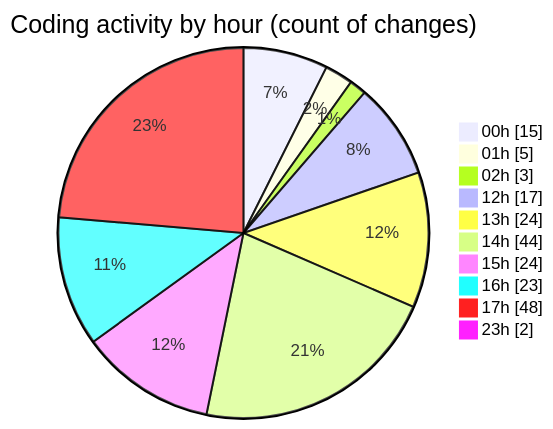
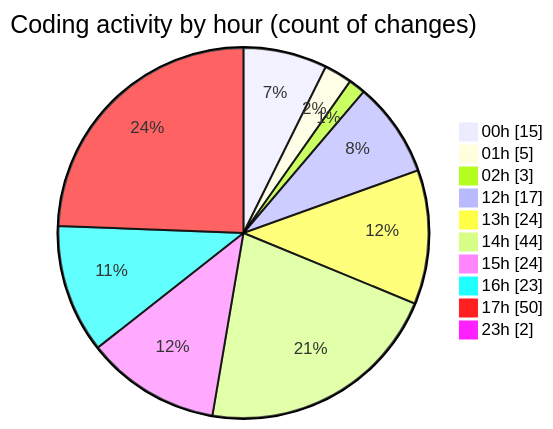
The second of 2 diagrams in 2025-08-13/rentotp/README.md (lephambinh05/code-tracking), drawn with Mermaid before and after one commit. The commit also changed other lines of this file and 1 other file, not shown here.

````diff
--- a/2025-08-13/rentotp/README.md
+++ b/2025-08-13/rentotp/README.md
@@ -60,14 +60,14 @@
 ```mermaid
 pie showData
 title Coding activity by hour (count of changes)
 "00h" : 15
 "01h" : 5
 "02h" : 3
 "12h" : 17
 "13h" : 24
 "14h" : 44
 "15h" : 24
 "16h" : 23
-"17h" : 48
+"17h" : 50
 "23h" : 2
 ```
````
